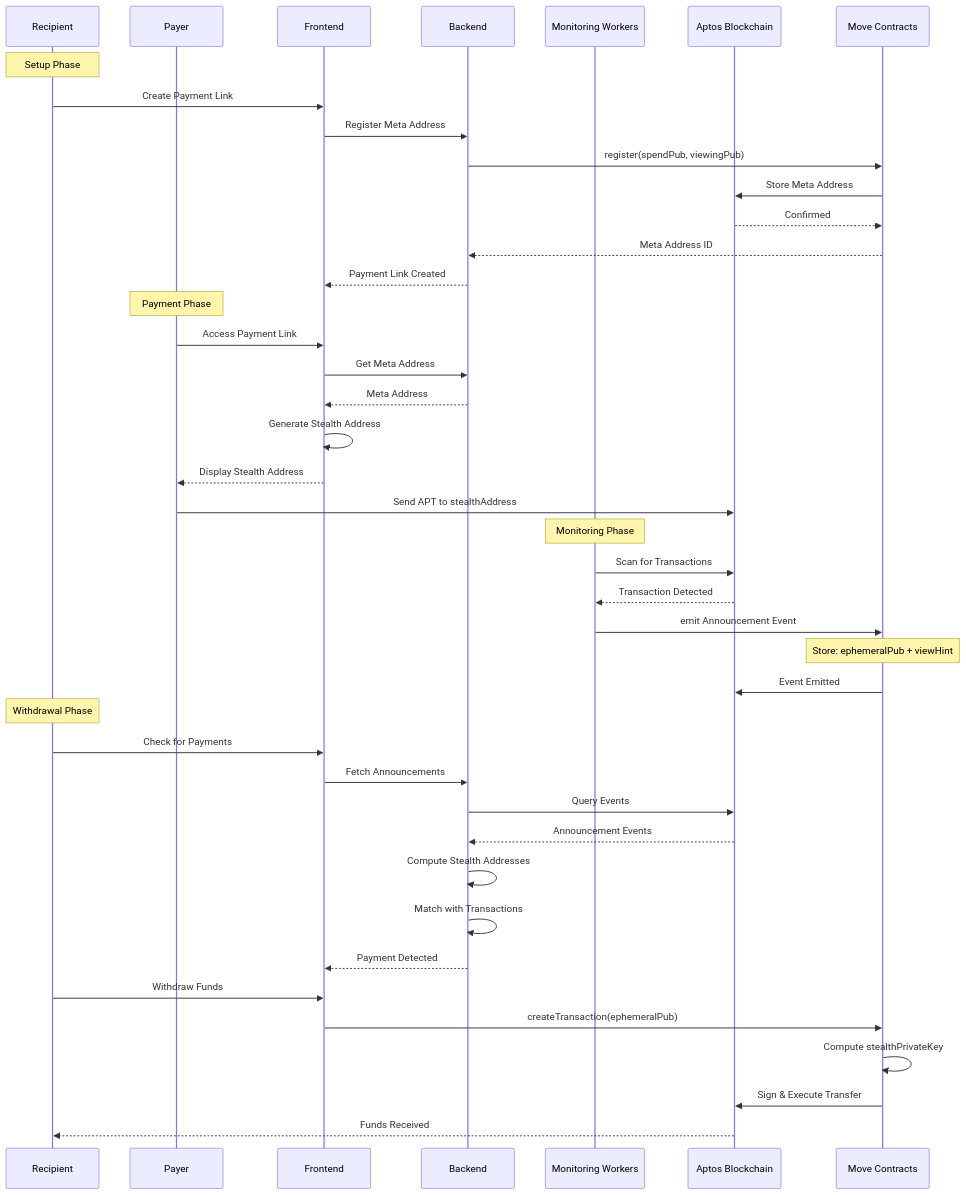
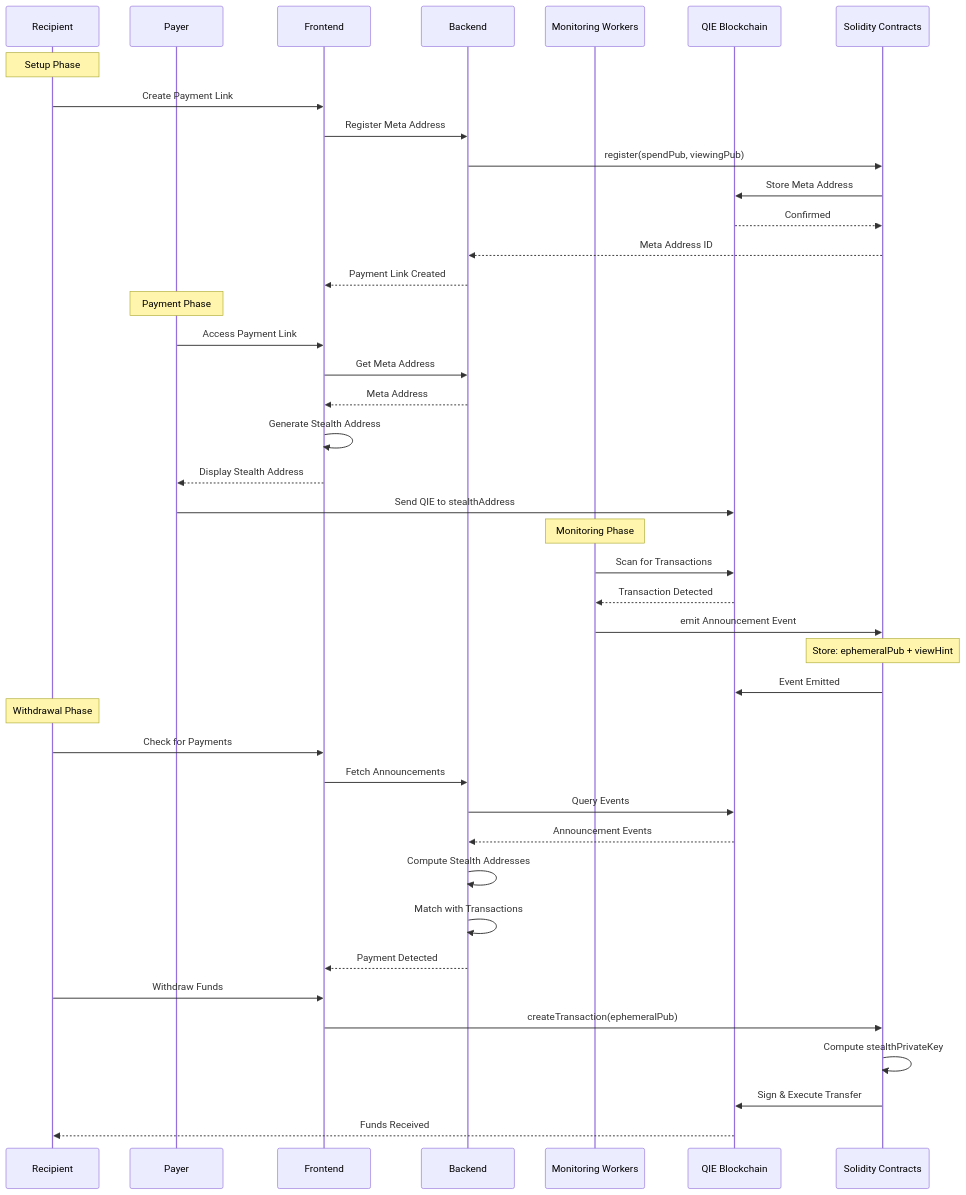
The third of 8 diagrams in README.md (AmaanSayyad/Private-Pay-QIE), drawn with Mermaid before and after one commit. The commit also changed other lines of this file and 24 other files, not shown here.

````diff
--- a/README.md
+++ b/README.md
@@ -345,48 +345,48 @@
 ```mermaid
 sequenceDiagram
     participant Recipient
     participant Payer
     participant Frontend
     participant Backend
     participant Workers as Monitoring Workers
-    participant Aptos as Aptos Blockchain
-    participant Move as Move Contracts
+    participant QIE as QIE Blockchain
+    participant Solidity as Solidity Contracts
     
     Note over Recipient: Setup Phase
     Recipient->>Frontend: Create Payment Link
     Frontend->>Backend: Register Meta Address
-    Backend->>Move: register(spendPub, viewingPub)
-    Move->>Aptos: Store Meta Address
-    Aptos-->>Move: Confirmed
-    Move-->>Backend: Meta Address ID
+    Backend->>Solidity: register(spendPub, viewingPub)
+    Solidity->>QIE: Store Meta Address
+    QIE-->>Solidity: Confirmed
+    Solidity-->>Backend: Meta Address ID
     Backend-->>Frontend: Payment Link Created
     
     Note over Payer: Payment Phase
     Payer->>Frontend: Access Payment Link
     Frontend->>Backend: Get Meta Address
     Backend-->>Frontend: Meta Address
     Frontend->>Frontend: Generate Stealth Address
     Frontend-->>Payer: Display Stealth Address
-    Payer->>Aptos: Send APT to stealthAddress
+    Payer->>QIE: Send QIE to stealthAddress
     
     Note over Workers: Monitoring Phase
-    Workers->>Aptos: Scan for Transactions
-    Aptos-->>Workers: Transaction Detected
-    Workers->>Move: emit Announcement Event
-    Note over Move: Store: ephemeralPub + viewHint
-    Move->>Aptos: Event Emitted
+    Workers->>QIE: Scan for Transactions
+    QIE-->>Workers: Transaction Detected
+    Workers->>Solidity: emit Announcement Event
+    Note over Solidity: Store: ephemeralPub + viewHint
+    Solidity->>QIE: Event Emitted
     
     Note over Recipient: Withdrawal Phase
     Recipient->>Frontend: Check for Payments
     Frontend->>Backend: Fetch Announcements
-    Backend->>Aptos: Query Events
-    Aptos-->>Backend: Announcement Events
+    Backend->>QIE: Query Events
+    QIE-->>Backend: Announcement Events
     Backend->>Backend: Compute Stealth Addresses
     Backend->>Backend: Match with Transactions
     Backend-->>Frontend: Payment Detected
     Recipient->>Frontend: Withdraw Funds
-    Frontend->>Move: createTransaction(ephemeralPub)
-    Move->>Move: Compute stealthPrivateKey
-    Move->>Aptos: Sign & Execute Transfer
-    Aptos-->>Recipient: Funds Received
+    Frontend->>Solidity: createTransaction(ephemeralPub)
+    Solidity->>Solidity: Compute stealthPrivateKey
+    Solidity->>QIE: Sign & Execute Transfer
+    QIE-->>Recipient: Funds Received
 ```
````
